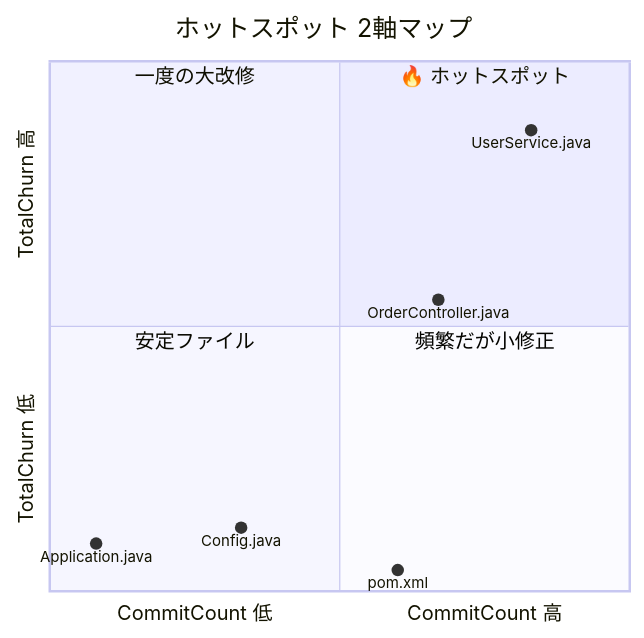
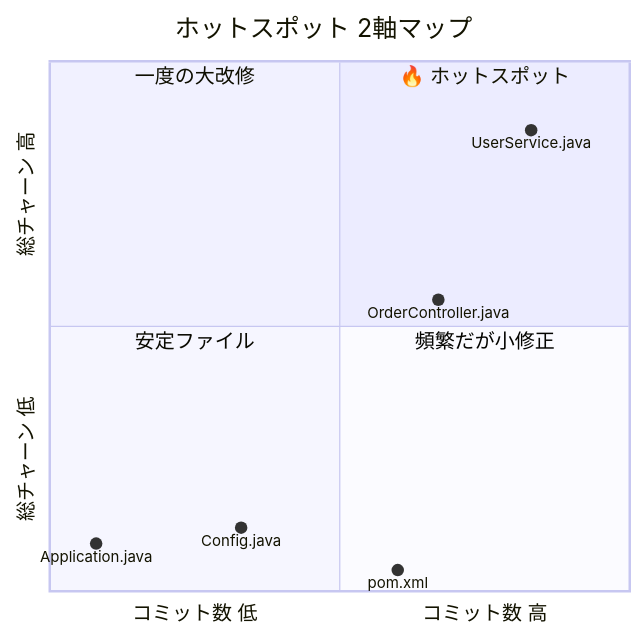
One commit to horiyamayoh/NarutoCode changed diagram 12 of 15 in docs/metrics_guide.md. Above: the diagram before and after it, drawn with Mermaid. The commit also changed other lines of this file and 4 other files, not shown here.

````diff
--- a/docs/metrics_guide.md
+++ b/docs/metrics_guide.md
@@ -489,15 +489,15 @@
 ```mermaid
 quadrantChart
     title ホットスポット 2軸マップ
-    x-axis "CommitCount 低" --> "CommitCount 高"
-    y-axis "TotalChurn 低" --> "TotalChurn 高"
+    x-axis "コミット数 低" --> "コミット数 高"
+    y-axis "総チャーン 低" --> "総チャーン 高"
     quadrant-1 "🔥 ホットスポット"
     quadrant-2 "一度の大改修"
     quadrant-3 "安定ファイル"
     quadrant-4 "頻繁だが小修正"
     UserService.java: [0.83, 0.87]
     OrderController.java: [0.67, 0.55]
     pom.xml: [0.60, 0.04]
     Application.java: [0.08, 0.09]
     Config.java: [0.33, 0.12]
 ```
````
